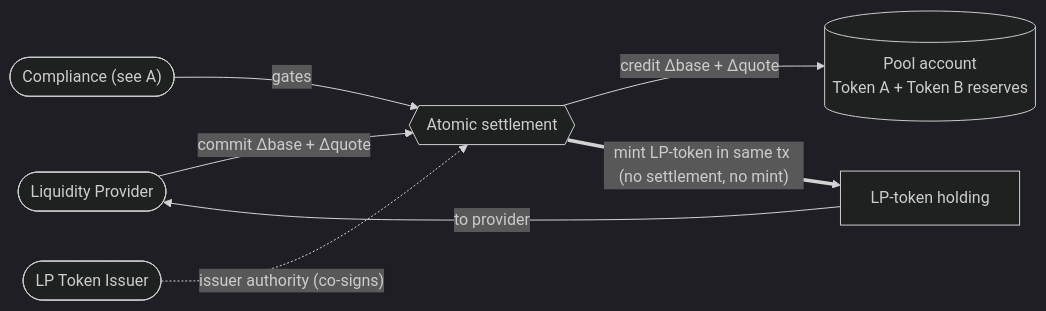
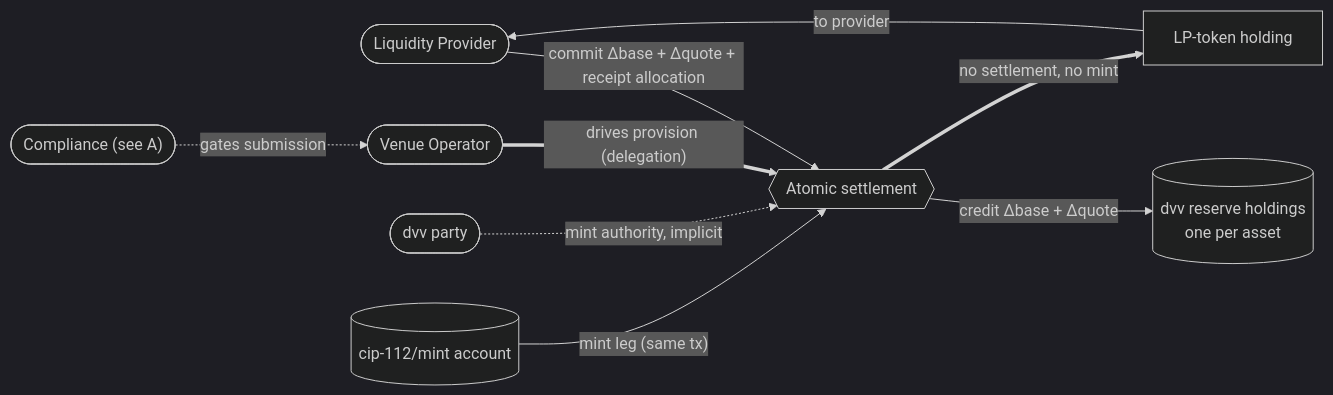
One commit to OpenZeppelin/canton-specs changed the second of 4 diagrams in docs/reference-architectures/dex.md. Above: the diagram before and after it, drawn with Mermaid (dark theme). The commit also changed other lines of this file, not shown here.

````diff
--- a/docs/reference-architectures/dex.md
+++ b/docs/reference-architectures/dex.md
@@ -340,16 +381,20 @@
 ```mermaid
 flowchart LR
     LP([Liquidity Provider])
-    LPIssuer([LP Token Issuer])
     Compliance(["Compliance (see A)"])
+    Operator([Venue Operator])
+    Governance([dvv party])
     Settle{{Atomic settlement}}
-    PoolAcct[("Pool account<br/>Token A + Token B reserves")]
+    PoolAcct[("dvv reserve holdings<br/>one per asset")]
+    Mint[("cip-112/mint account")]
     LPtok["LP-token holding"]
 
-    LP -->|"commit Δbase + Δquote"| Settle
-    Compliance -->|"gates"| Settle
-    LPIssuer -.->|"issuer authority (co-signs)"| Settle
+    Compliance -.->|"gates submission"| Operator
+    Operator ==>|"drives provision (delegation)"| Settle
+    LP -->|"commit Δbase + Δquote + receipt allocation"| Settle
+    Governance -.->|"mint authority, implicit"| Settle
+    Mint -->|"mint leg (same tx)"| Settle
     Settle -->|"credit Δbase + Δquote"| PoolAcct
-    Settle ==>|"mint LP-token in same tx (no settlement, no mint)"| LPtok
+    Settle ==>|"no settlement, no mint"| LPtok
     LPtok -->|"to provider"| LP
 ```
````
